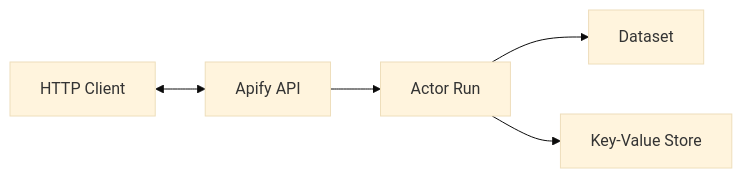
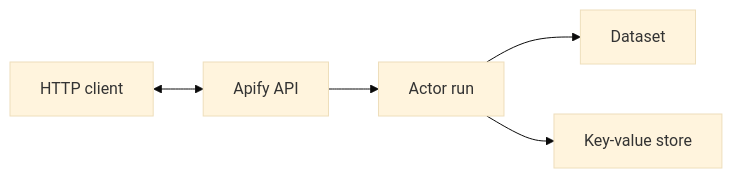
The diagram in sources/api/getting-started.mdx (apify/apify-docs), drawn with Mermaid (base theme) before and after one commit. The commit also changed other lines of this file and 12 other files, not shown here.

````diff
--- a/sources/api/getting-started.mdx
+++ b/sources/api/getting-started.mdx
@@ -9,7 +9,7 @@
 ```mermaid
 graph LR
-    A[HTTP Client] <--> B[Apify API]
-    B --> C[Actor Run]
+    A[HTTP client] <--> B[Apify API]
+    B --> C[Actor run]
     C --> D1[Dataset]
-    C --> D2[Key-Value Store]
+    C --> D2[Key-value store]
 ```
````
